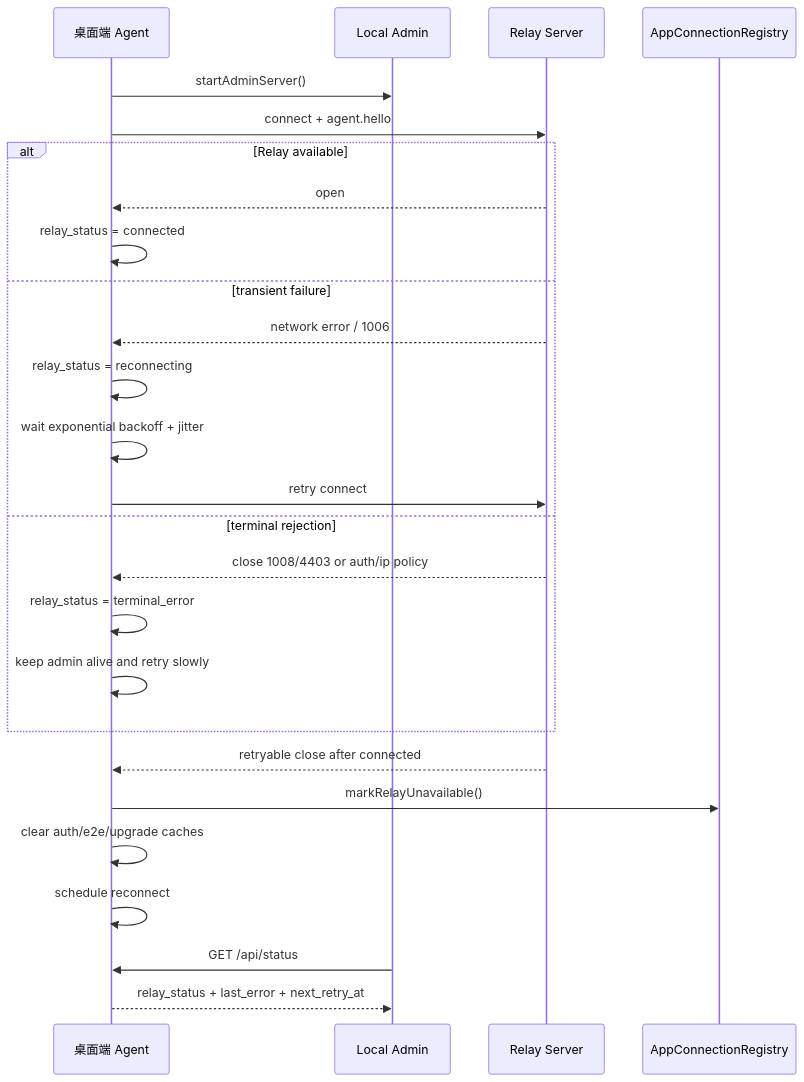
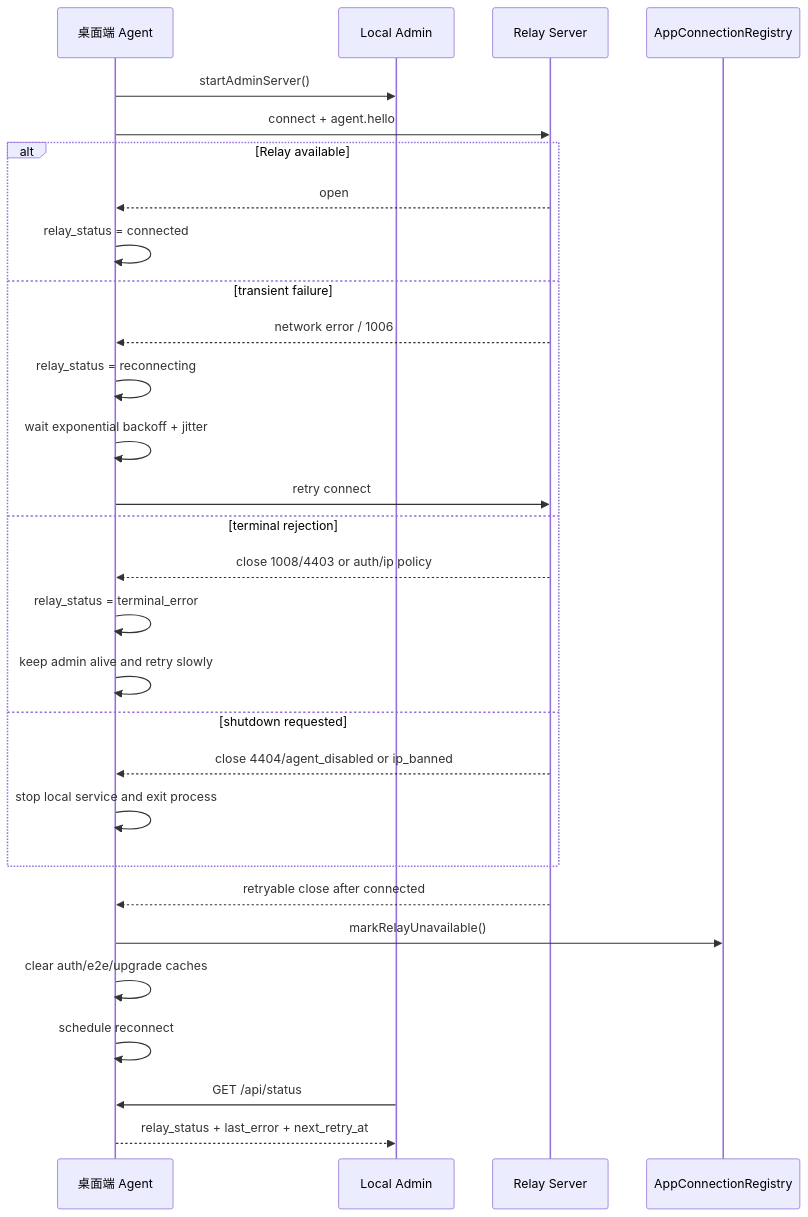
The second of 2 diagrams in docs/app-installation.md (zhangbozhb/OmniWork), drawn with Mermaid before and after one commit. The commit also changed other lines of this file and 22 other files, not shown here.

Commit message:
feat(relay): enforce ingress auth and agent shutdown

````diff
--- a/docs/app-installation.md
+++ b/docs/app-installation.md
@@ -337,30 +339,33 @@
 ```mermaid
 sequenceDiagram
     participant Agent as 桌面端 Agent
     participant Admin as Local Admin
     participant Relay as Relay Server
     participant Registry as AppConnectionRegistry
 
     Agent->>Admin: startAdminServer()
     Agent->>Relay: connect + agent.hello
     alt Relay available
         Relay-->>Agent: open
         Agent->>Agent: relay_status = connected
     else transient failure
         Relay-->>Agent: network error / 1006
         Agent->>Agent: relay_status = reconnecting
         Agent->>Agent: wait exponential backoff + jitter
         Agent->>Relay: retry connect
     else terminal rejection
         Relay-->>Agent: close 1008/4403 or auth/ip policy
         Agent->>Agent: relay_status = terminal_error
         Agent->>Agent: keep admin alive and retry slowly
+    else shutdown requested
+        Relay-->>Agent: close 4404/agent_disabled or ip_banned
+        Agent->>Agent: stop local service and exit process
     end
 
     Relay-->>Agent: retryable close after connected
     Agent->>Registry: markRelayUnavailable()
     Agent->>Agent: clear auth/e2e/upgrade caches
     Agent->>Agent: schedule reconnect
     Admin->>Agent: GET /api/status
     Agent-->>Admin: relay_status + last_error + next_retry_at
 ```
````
